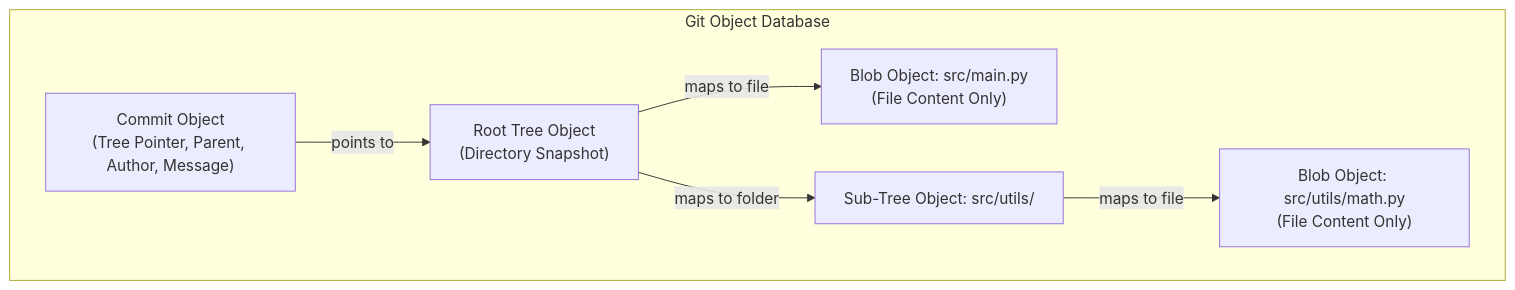
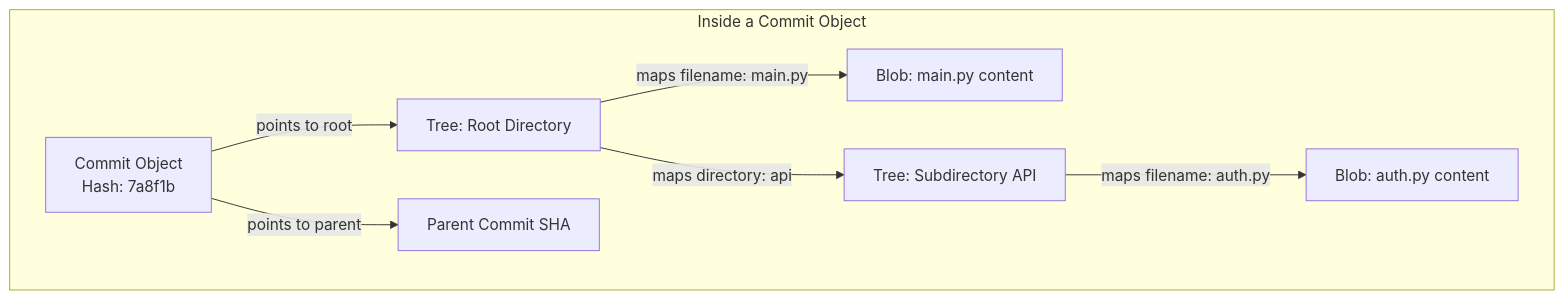
The second of 3 diagrams in src/content/blog/it-career-guide/part-02-git-github.mdx (chirag127/oriz-blog), drawn with Mermaid before and after one commit. The commit also changed other lines of this file and 14 other files, not shown here.

````diff
--- a/src/content/blog/it-career-guide/part-02-git-github.mdx
+++ b/src/content/blog/it-career-guide/part-02-git-github.mdx
@@ -32,9 +58,12 @@
 ```mermaid
 graph TD
-    subgraph Git Object Database
-    commit["Commit Object<br>(Tree Pointer, Parent, Author, Message)"] -->|points to| rootTree["Root Tree Object<br>(Directory Snapshot)"]
-    rootTree -->|maps to file| blob1["Blob Object: src/main.py<br>(File Content Only)"]
-    rootTree -->|maps to folder| subTree["Sub-Tree Object: src/utils/"]
-    subTree -->|maps to file| blob2["Blob Object: src/utils/math.py<br>(File Content Only)"]
+    subgraph Inside a Commit Object
+    commit["Commit Object<br>Hash: 7a8f1b"] -->|points to root| treeRoot["Tree: Root Directory"]
+    commit -->|points to parent| parent["Parent Commit SHA"]
+    
+    treeRoot -->|maps filename: main.py| blobMain["Blob: main.py content"]
+    treeRoot -->|maps directory: api| treeApi["Tree: Subdirectory API"]
+    
+    treeApi -->|maps filename: auth.py| blobAuth["Blob: auth.py content"]
     end
 ```
````
